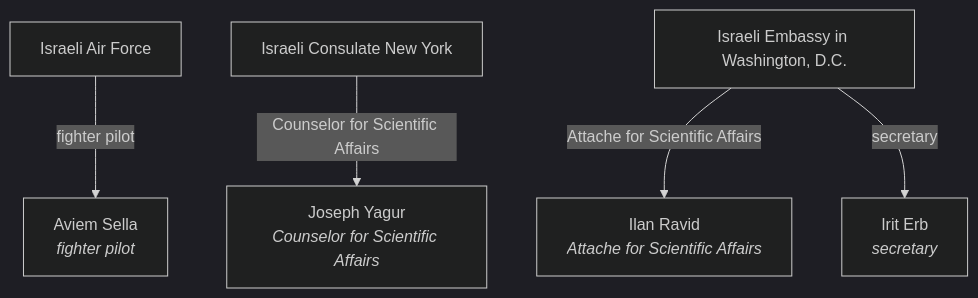
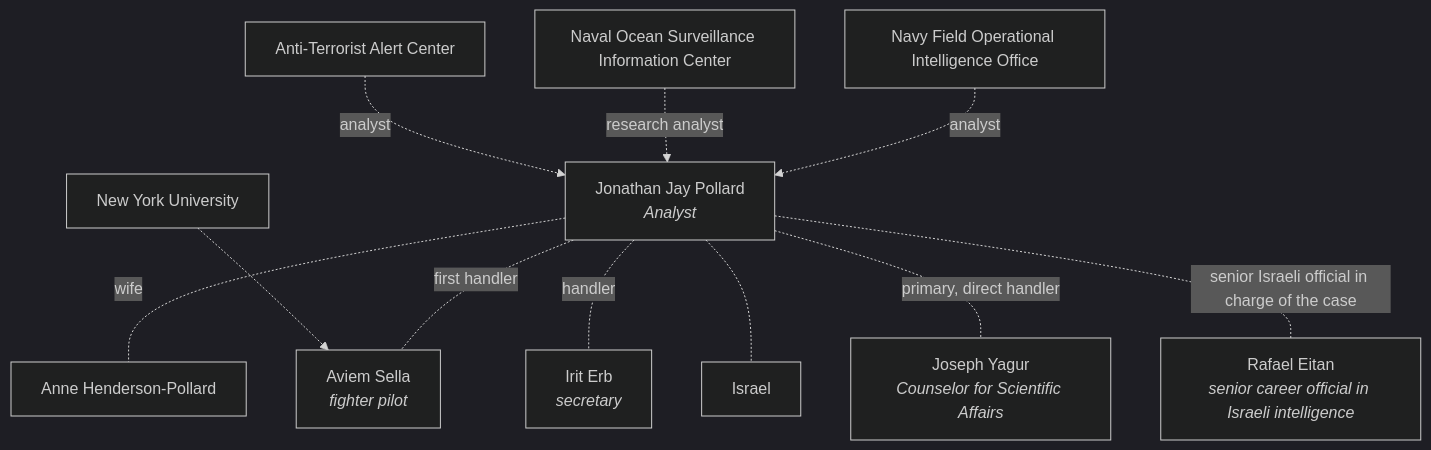
One commit to meridiangray/open-hydra changed the diagram in README.md. Above: the diagram before and after it, drawn with Mermaid (dark theme). The commit also changed other lines of this file, not shown here.

Commit message:
better local readme mermaid graph

````diff
--- a/README.md
+++ b/README.md
@@ -77,15 +77,25 @@
 ```mermaid
 flowchart TD
     %% record tree — pollard (GENERATED)
-    org-ez802bp11f["Israeli Air Force"]
-    per-6q0b4zamfq["Aviem Sella<br/><i>fighter pilot</i>"]
-    org-6t8fkjn4kr["Israeli Consulate New York"]
-    per-p8w1q8cajn["Joseph Yagur<br/><i>Counselor for Scientific Affairs</i>"]
-    org-xfqaxke58a["Israeli Embassy in Washington, D.C."]
-    per-jyft1ret42["Ilan Ravid<br/><i>Attache for Scientific Affairs</i>"]
-    per-89cafr9tn9["Irit Erb<br/><i>secretary</i>"]
-    org-ez802bp11f -->|"fighter pilot"| per-6q0b4zamfq
-    org-6t8fkjn4kr -->|"Counselor for Scientific Affairs"| per-p8w1q8cajn
-    org-xfqaxke58a -->|"Attache for Scientific Affairs"| per-jyft1ret42
-    org-xfqaxke58a -->|"secretary"| per-89cafr9tn9
+    per_jbcv7nwbwb["Anne Henderson-Pollard"]
+    org_2hzt03a6z9["Israel"]
+    per_6q0b4zamfq["Aviem Sella<br/><i>fighter pilot</i>"]
+    per_p8w1q8cajn["Joseph Yagur<br/><i>Counselor for Scientific Affairs</i>"]
+    per_89cafr9tn9["Irit Erb<br/><i>secretary</i>"]
+    org_8b2fsev104["Anti-Terrorist Alert Center"]
+    org_1phejc0ngk["Navy Field Operational Intelligence Office"]
+    org_3kk63smvp7["Naval Ocean Surveillance Information Center"]
+    org_f8xs95cwk2["New York University"]
+    per_9n72sstcw8["Rafael Eitan<br/><i>senior career official in Israeli intelligence</i>"]
+    per_w3v2f7z7pe["Jonathan Jay Pollard<br/><i>Analyst</i>"]
+    org_f8xs95cwk2 -.-> per_6q0b4zamfq
+    org_8b2fsev104 -.->|"analyst"| per_w3v2f7z7pe
+    org_3kk63smvp7 -.->|"research analyst"| per_w3v2f7z7pe
+    org_1phejc0ngk -.->|"analyst"| per_w3v2f7z7pe
+    per_w3v2f7z7pe -.-|"wife"| per_jbcv7nwbwb
+    per_w3v2f7z7pe -.-|"first handler"| per_6q0b4zamfq
+    per_w3v2f7z7pe -.-|"handler"| per_89cafr9tn9
+    per_w3v2f7z7pe -.- org_2hzt03a6z9
+    per_w3v2f7z7pe -.-|"primary, direct handler"| per_p8w1q8cajn
+    per_w3v2f7z7pe -.-|"senior Israeli official in charge of the case"| per_9n72sstcw8
 ```
````
